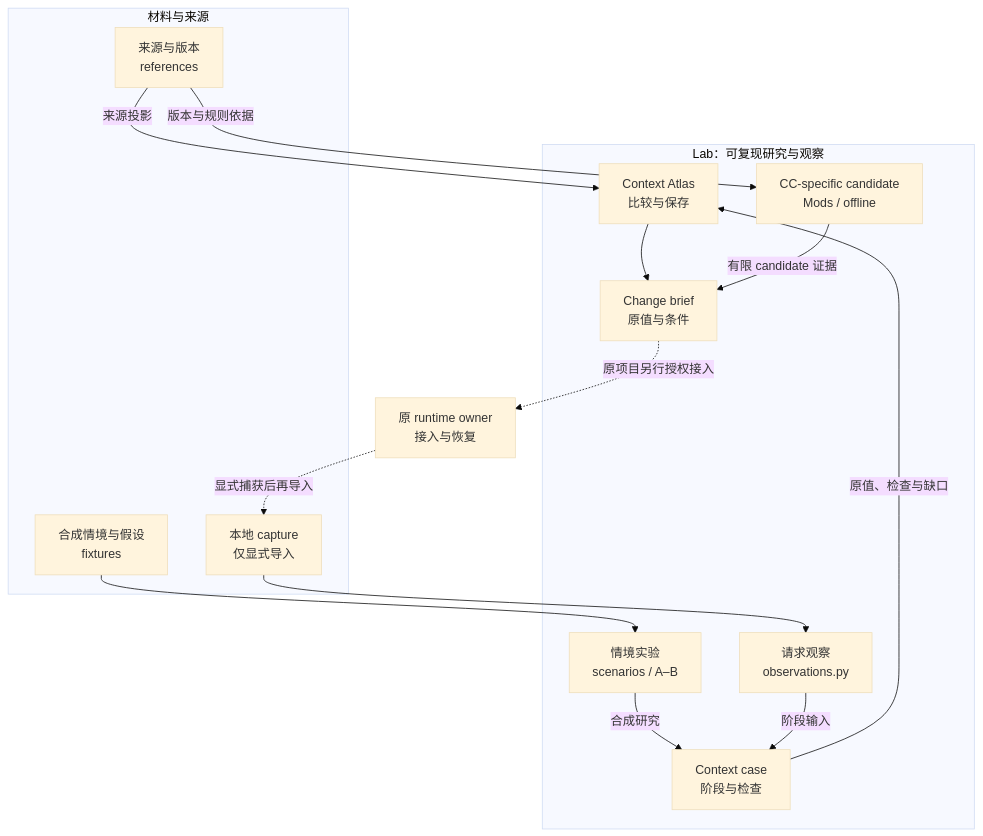
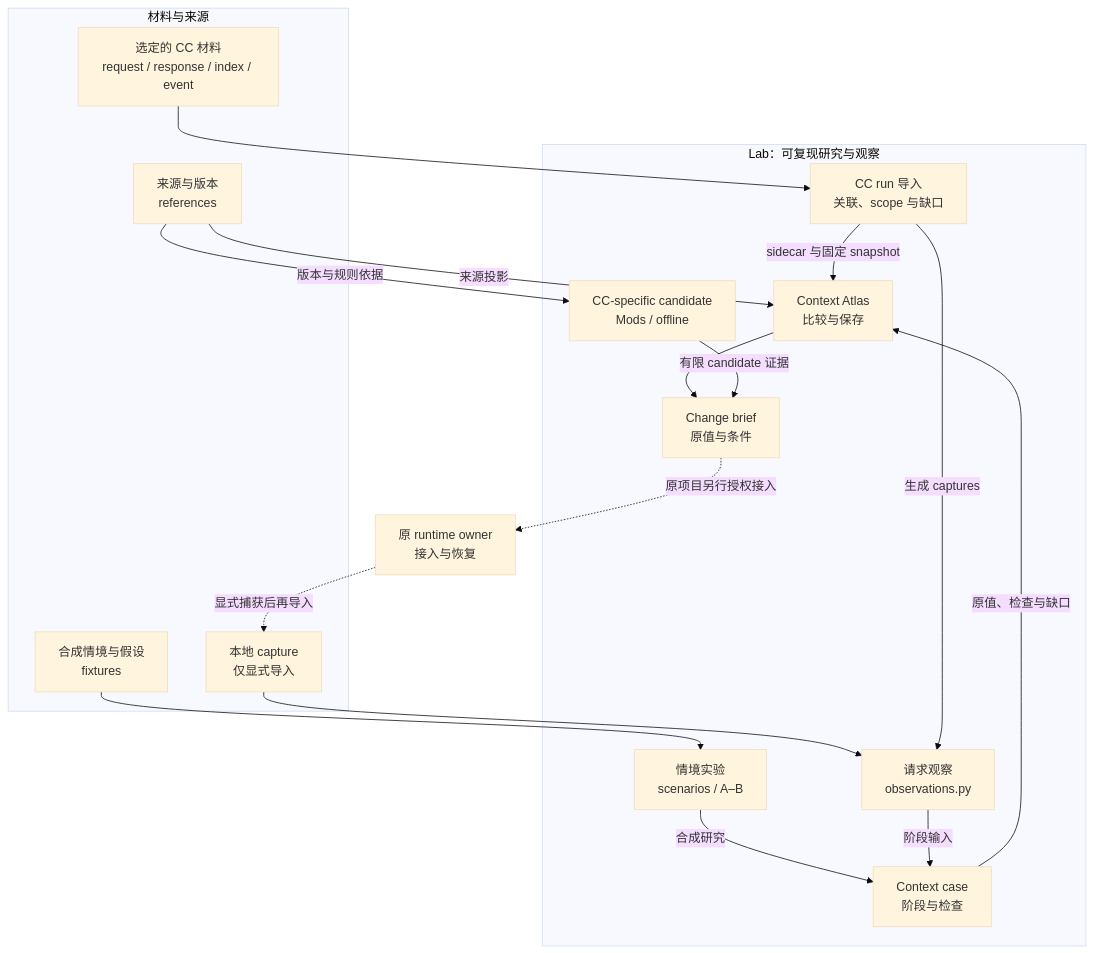
Before and after one commit to IndelibleVivi/cc-context-lab: the diagram in README.md, drawn with Mermaid (base theme). The commit also changed other lines of this file and 38 other files, not shown here.

Commit message:
add explicit CC run imports and selective Atlas comparisons

````diff
--- a/README.md
+++ b/README.md
@@ -19,28 +19,33 @@
 ```mermaid
 flowchart TB
   subgraph INPUT["材料与来源"]
     REF["来源与版本<br/>references"]
     FIX["合成情境与假设<br/>fixtures"]
     CAP["本地 capture<br/>仅显式导入"]
+    RAW["选定的 CC 材料<br/>request / response / index / event"]
   end
   subgraph LAB["Lab：可复现研究与观察"]
     ENGINE["情境实验<br/>scenarios / A–B"]
     OBS["请求观察<br/>observations.py"]
+    RUN["CC run 导入<br/>关联、scope 与缺口"]
     CASE["Context case<br/>阶段与检查"]
     ATLAS["Context Atlas<br/>比较与保存"]
     CC["CC-specific candidate<br/>Mods / offline"]
     BRIEF["Change brief<br/>原值与条件"]
   end
   OWNER["原 runtime owner<br/>接入与恢复"]
   FIX --> ENGINE
   CAP --> OBS
+  RAW --> RUN
+  RUN -->|"生成 captures"| OBS
+  RUN -->|"sidecar 与固定 snapshot"| ATLAS
   ENGINE -->|"合成研究"| CASE
   OBS -->|"阶段输入"| CASE
   CASE -->|"原值、检查与缺口"| ATLAS
   REF -->|"来源投影"| ATLAS
   REF -->|"版本与规则依据"| CC
   ATLAS --> BRIEF
   CC -->|"有限 candidate 证据"| BRIEF
   BRIEF -. "原项目另行授权接入" .-> OWNER
   OWNER -. "显式捕获后再导入" .-> CAP
 ```
````
